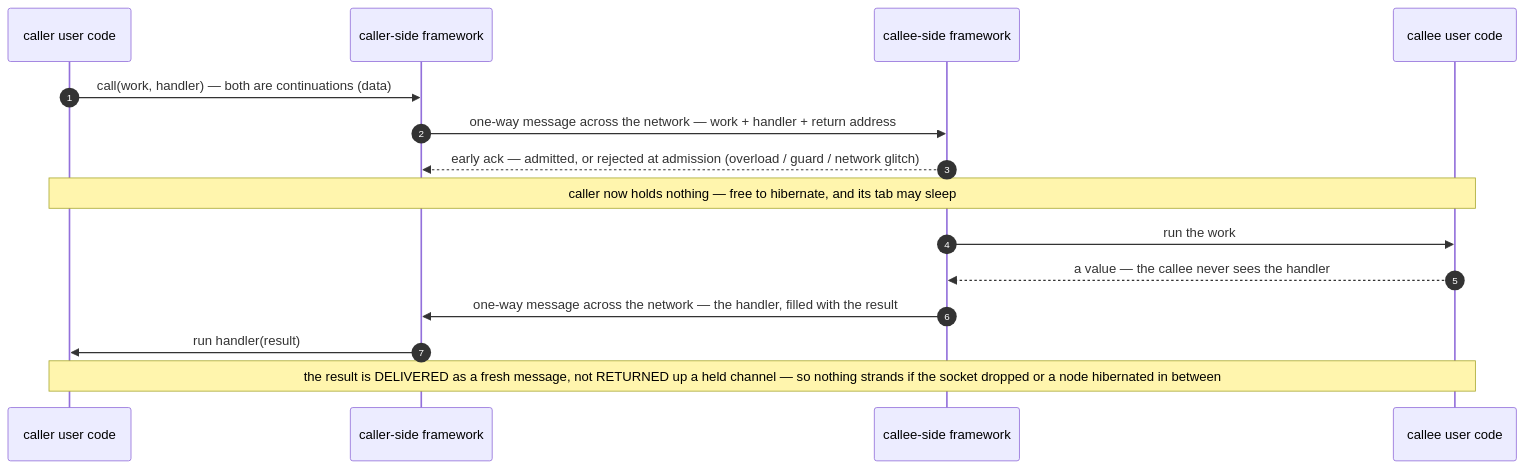
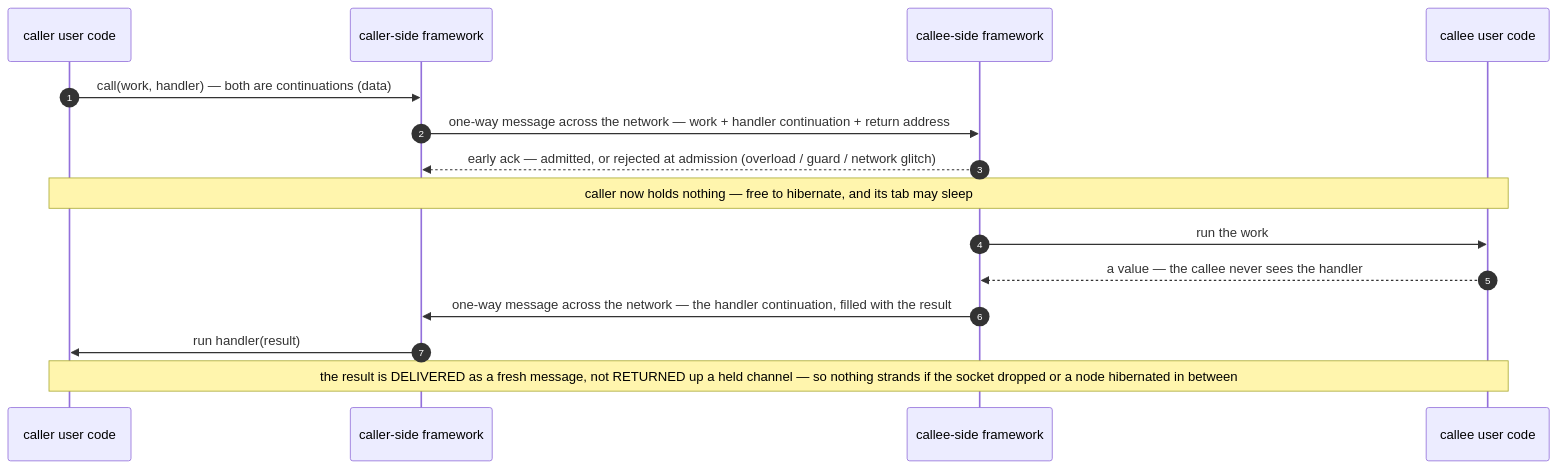
Before and after one commit to lumenize/lumenize: the diagram in docs/adr/003-continuation-messaging.md, drawn with Mermaid. The commit also changed other lines of this file and 4 other files, not shown here.

````diff
--- a/docs/adr/003-continuation-messaging.md
+++ b/docs/adr/003-continuation-messaging.md
@@ -30,17 +30,17 @@
 ```mermaid
 sequenceDiagram
     autonumber
     participant U1 as caller user code
     participant C as caller-side framework
     participant E as callee-side framework
     participant U2 as callee user code
     U1->>C: call(work, handler) — both are continuations (data)
-    C->>E: one-way message across the network — work + handler + return address
+    C->>E: one-way message across the network — work + handler continuation + return address
     E-->>C: early ack — admitted, or rejected at admission (overload / guard / network glitch)
     Note over U1,U2: caller now holds nothing — free to hibernate, and its tab may sleep
     E->>U2: run the work
     U2-->>E: a value — the callee never sees the handler
-    E->>C: one-way message across the network — the handler, filled with the result
+    E->>C: one-way message across the network — the handler continuation, filled with the result
     C->>U1: run handler(result)
     Note over U1,U2: the result is DELIVERED as a fresh message, not RETURNED up a held channel — so nothing strands if the socket dropped or a node hibernated in between
 ```
````
